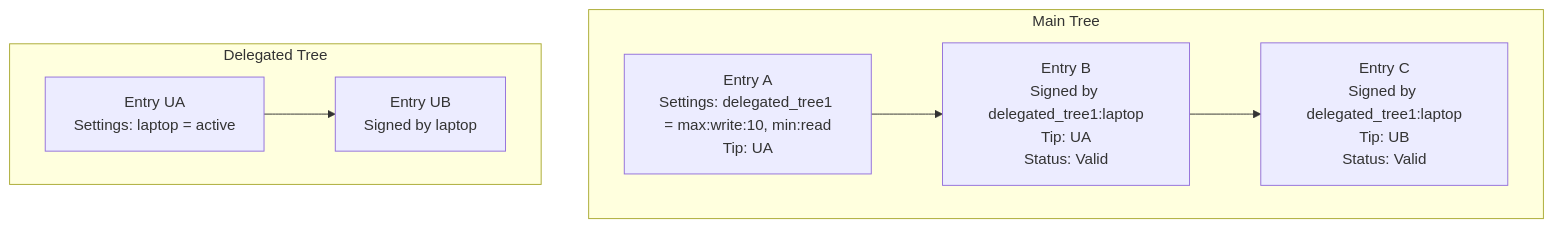
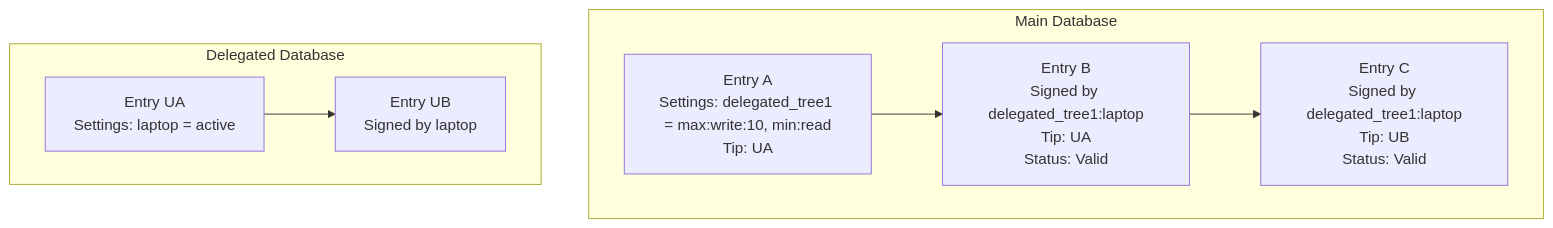
One commit to arcuru/eidetica changed the fourth of 7 diagrams in docs/src/design/authentication.md. Above: the diagram before and after it, drawn with Mermaid. The commit also changed other lines of this file and 62 other files, not shown here.

````diff
--- a/docs/src/design/authentication.md
+++ b/docs/src/design/authentication.md
@@ -458,17 +458,17 @@
 ```mermaid
 graph TD
-    subgraph "Main Tree"
+    subgraph "Main Database"
         A["Entry A<br/>Settings: delegated_tree1 = max:write:10, min:read<br/>Tip: UA"]
         B["Entry B<br/>Signed by delegated_tree1:laptop<br/>Tip: UA<br/>Status: Valid"]
         C["Entry C<br/>Signed by delegated_tree1:laptop<br/>Tip: UB<br/>Status: Valid"]
     end
 
-    subgraph "Delegated Tree"
+    subgraph "Delegated Database"
         UA["Entry UA<br/>Settings: laptop = active"]
         UB["Entry UB<br/>Signed by laptop"]
     end
 
     A --> B
     B --> C
     UA --> UB
 ```
````
